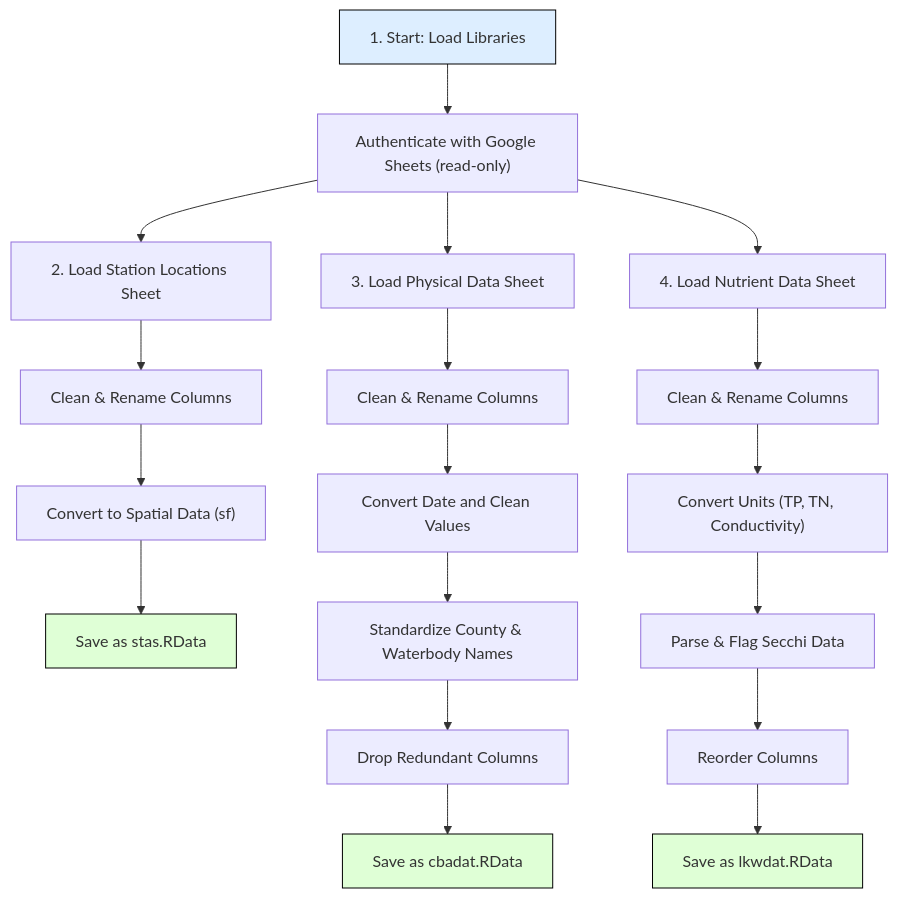
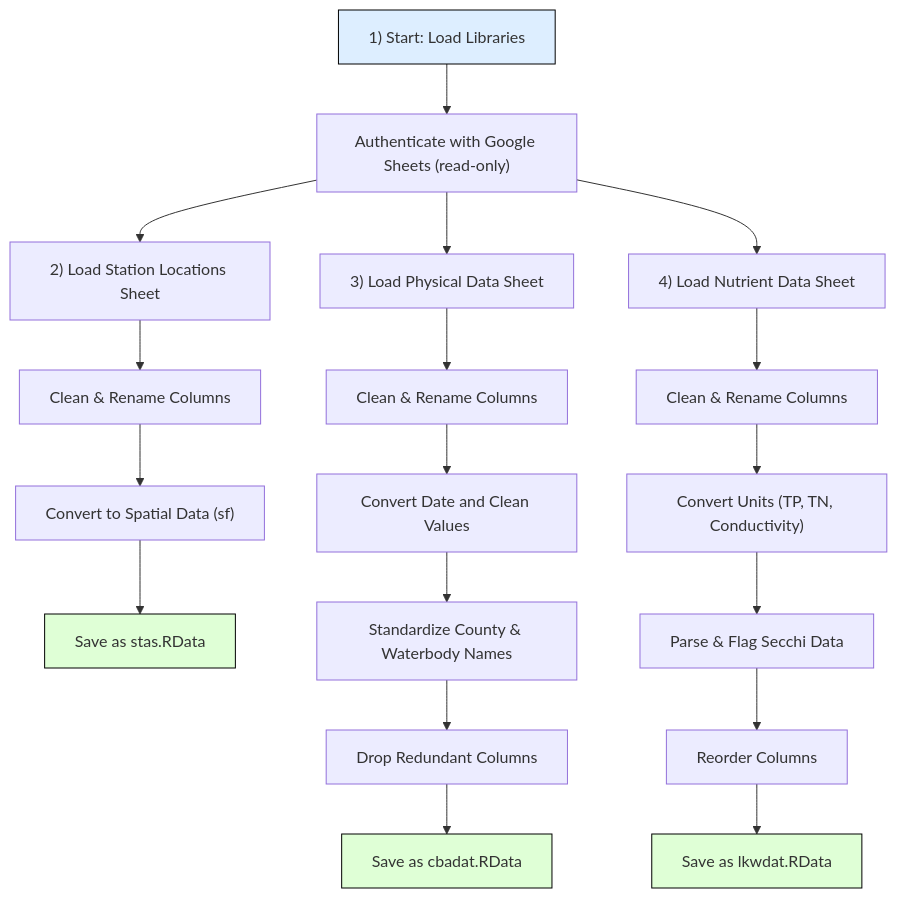
One commit to choctawhatchee-basin-alliance/wq-dashboard changed the diagram in doc/workflow.md. Above: the diagram before and after it, drawn with Mermaid.

````diff
--- a/doc/workflow.md
+++ b/doc/workflow.md
@@ -6,27 +6,27 @@
 ```mermaid
 flowchart TD
-  A["1. Start: Load Libraries"] --> B["Authenticate with Google Sheets (read-only)"]
-  B --> C["2. Load Station Locations Sheet"]
+  A["1) Start: Load Libraries"] --> B["Authenticate with Google Sheets (read-only)"]
+  B --> C["2) Load Station Locations Sheet"]
   C --> D[Clean & Rename Columns]
   D --> E["Convert to Spatial Data (sf)"]
   E --> F[Save as stas.RData]
 
-  B --> G["3. Load Physical Data Sheet"]
+  B --> G["3) Load Physical Data Sheet"]
   G --> H[Clean & Rename Columns]
   H --> I[Convert Date and Clean Values]
   I --> J[Standardize County & Waterbody Names]
   J --> K[Drop Redundant Columns]
   K --> L[Save as cbadat.RData]
 
-  B --> M["4. Load Nutrient Data Sheet"]
+  B --> M["4) Load Nutrient Data Sheet"]
   M --> N[Clean & Rename Columns]
   N --> O["Convert Units (TP, TN, Conductivity)"]
   O --> P[Parse & Flag Secchi Data]
   P --> Q[Reorder Columns]
   Q --> R[Save as lkwdat.RData]
 
   style A fill:#DDEEFF,stroke:#000,stroke-width:1px
   style F fill:#DFFFD6,stroke:#000,stroke-width:1px
   style L fill:#DFFFD6,stroke:#000,stroke-width:1px
   style R fill:#DFFFD6,stroke:#000,stroke-width:1px
 ```
````
